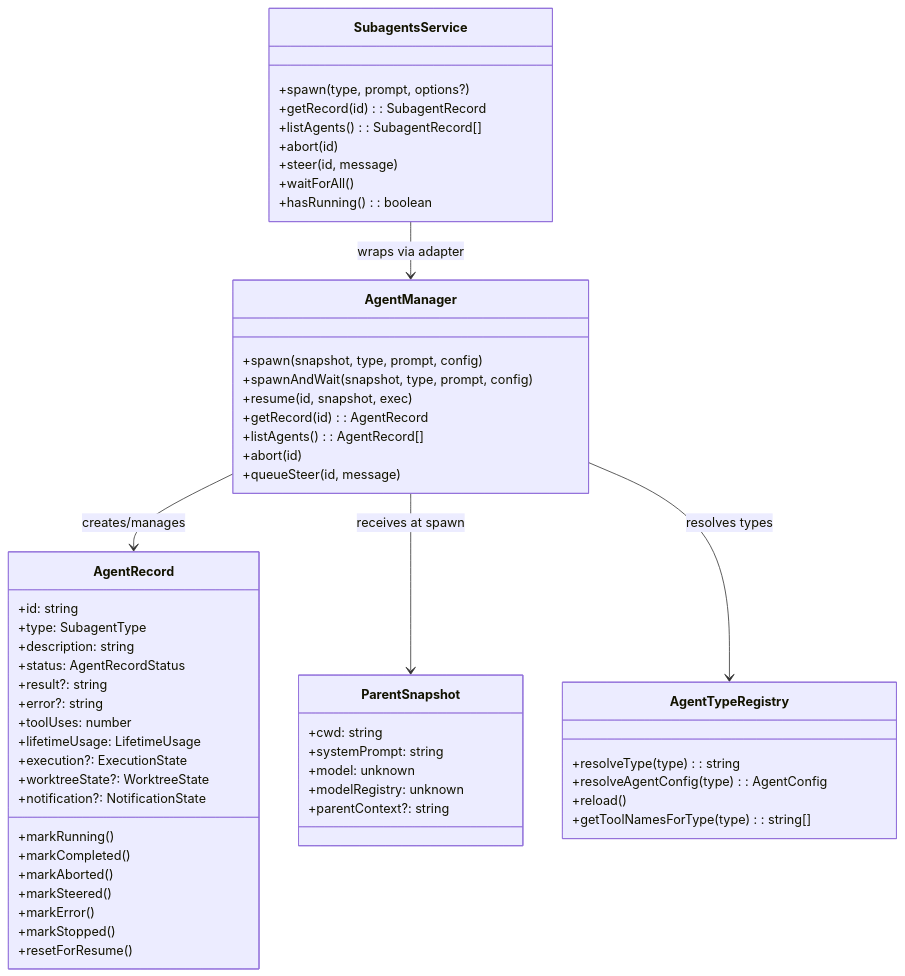
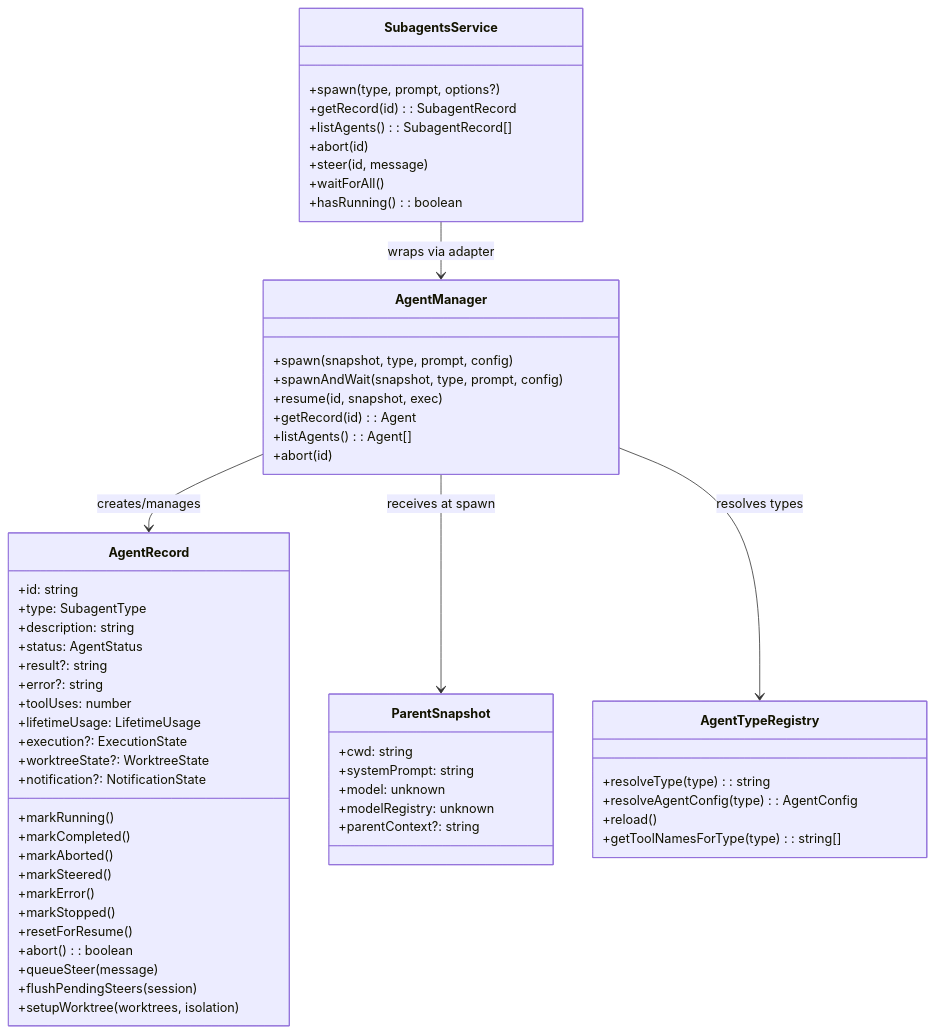
One commit to ttdua/pi-subagents changed the second of 6 diagrams in docs/architecture/architecture.md. Above: the diagram before and after it, drawn with Mermaid. The commit also changed other lines of this file and 1 other file, not shown here.

Commit message:
docs(pi-subagents): update architecture for Agent rename (#227)

````diff
--- a/docs/architecture/architecture.md
+++ b/docs/architecture/architecture.md
@@ -102,63 +102,66 @@
 ```mermaid
 classDiagram
     class AgentRecord {
         +id: string
         +type: SubagentType
         +description: string
-        +status: AgentRecordStatus
+        +status: AgentStatus
         +result?: string
         +error?: string
         +toolUses: number
         +lifetimeUsage: LifetimeUsage
         +execution?: ExecutionState
         +worktreeState?: WorktreeState
         +notification?: NotificationState
         +markRunning()
         +markCompleted()
         +markAborted()
         +markSteered()
         +markError()
         +markStopped()
         +resetForResume()
+        +abort(): boolean
+        +queueSteer(message)
+        +flushPendingSteers(session)
+        +setupWorktree(worktrees, isolation)
     }
 
     class AgentManager {
         +spawn(snapshot, type, prompt, config)
         +spawnAndWait(snapshot, type, prompt, config)
         +resume(id, snapshot, exec)
-        +getRecord(id): AgentRecord
-        +listAgents(): AgentRecord[]
+        +getRecord(id): Agent
+        +listAgents(): Agent[]
         +abort(id)
-        +queueSteer(id, message)
     }
 
     class AgentTypeRegistry {
         +resolveType(type): string
         +resolveAgentConfig(type): AgentConfig
         +reload()
         +getToolNamesForType(type): string[]
     }
 
     class ParentSnapshot {
         +cwd: string
         +systemPrompt: string
         +model: unknown
         +modelRegistry: unknown
         +parentContext?: string
     }
 
     class SubagentsService {
         +spawn(type, prompt, options?)
         +getRecord(id): SubagentRecord
         +listAgents(): SubagentRecord[]
         +abort(id)
         +steer(id, message)
         +waitForAll()
         +hasRunning(): boolean
     }
 
     AgentManager --> AgentRecord : creates/manages
     AgentManager --> ParentSnapshot : receives at spawn
     SubagentsService --> AgentManager : wraps via adapter
     AgentManager --> AgentTypeRegistry : resolves types
 ```
````
